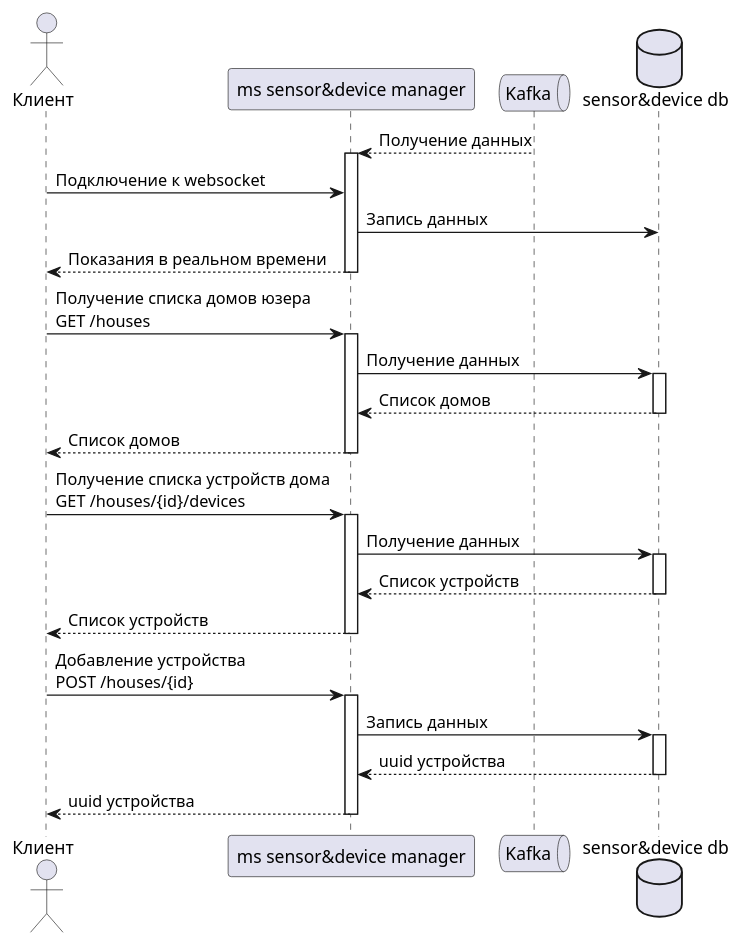
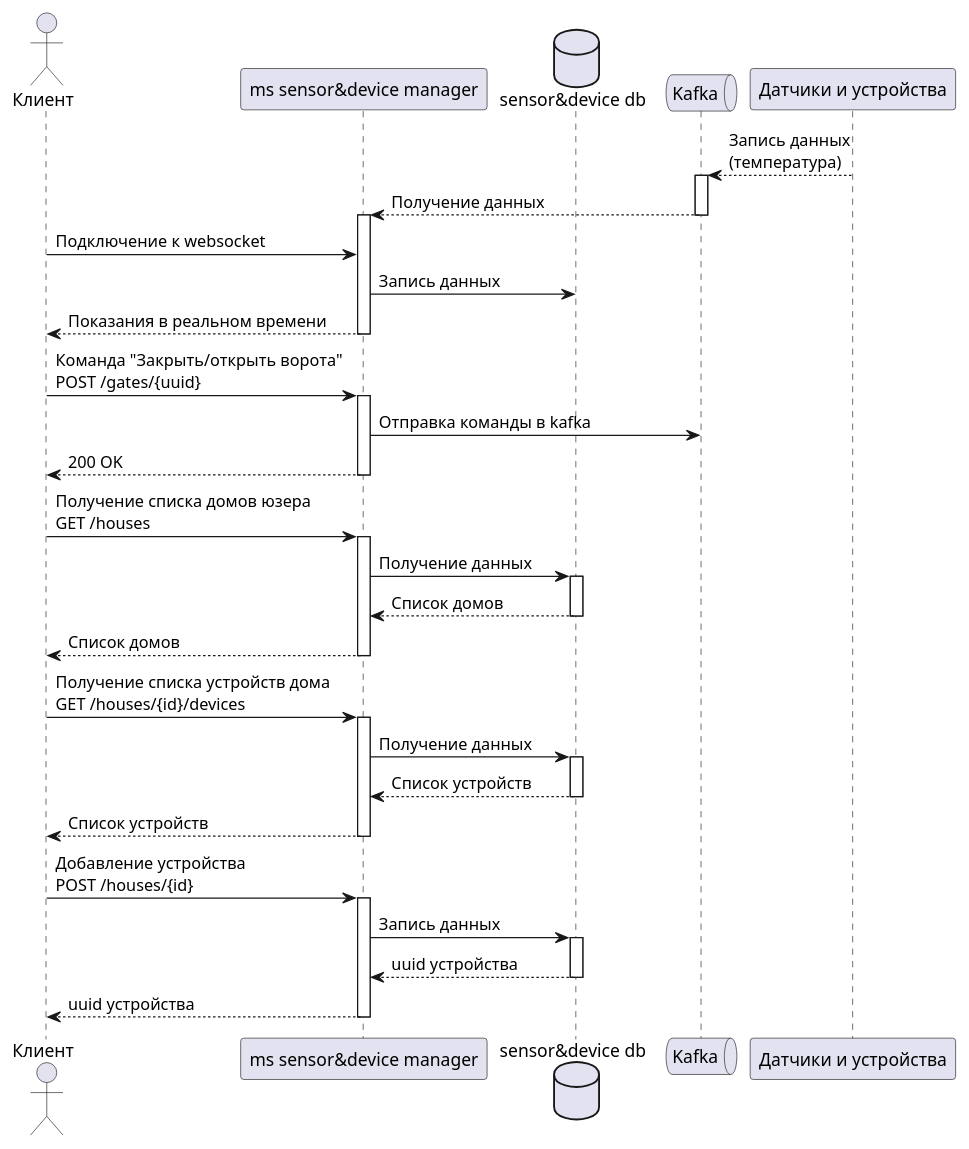
Before and after one commit to kvrasuli/architecture-sprint-3: the diagram in diagrams/code.puml, drawn with PlantUML. The commit also changed 5 other files, not shown here.

Commit message:
Fix diagrams

```diff
--- a/diagrams/code.puml
+++ b/diagrams/code.puml
@@ -1,42 +1,52 @@
 @startuml
 
 actor "Клиент" as client
 participant "ms sensor&device manager" as sdm
+database "sensor&device db" as db
 queue "Kafka" as kafka
-database "sensor&device db" as db
+participant "Датчики и устройства" as sd
 
+sd --> kafka: Запись данных\n(температура)
+activate kafka
 kafka --> sdm: Получение данных
+deactivate kafka
 activate sdm
 client -> sdm: Подключение к websocket
 sdm -> db: Запись данных
 sdm --> client: Показания в реальном времени
+deactivate sdm
+
+client -> sdm: Команда "Закрыть/открыть ворота"\nPOST /gates/{uuid}
+activate sdm
+sdm -> kafka: Отправка команды в kafka
+sdm --> client: 200 OK
 deactivate sdm
 
 client -> sdm: Получение списка домов юзера\nGET /houses
 activate sdm
 sdm -> db: Получение данных
 activate db
 db --> sdm: Список домов
 deactivate db
 sdm --> client: Список домов
 deactivate sdm
 
 client -> sdm: Получение списка устройств дома\nGET /houses/{id}/devices
 activate sdm
 sdm -> db: Получение данных
 activate db
 db --> sdm: Список устройств
 deactivate db
 sdm --> client: Список устройств
 deactivate sdm
 
 client -> sdm: Добавление устройства\nPOST /houses/{id}
 activate sdm
 sdm -> db: Запись данных
 activate db
 db --> sdm: uuid устройства
 deactivate db
 sdm --> client: uuid устройства
 deactivate sdm
 
 @enduml
```
